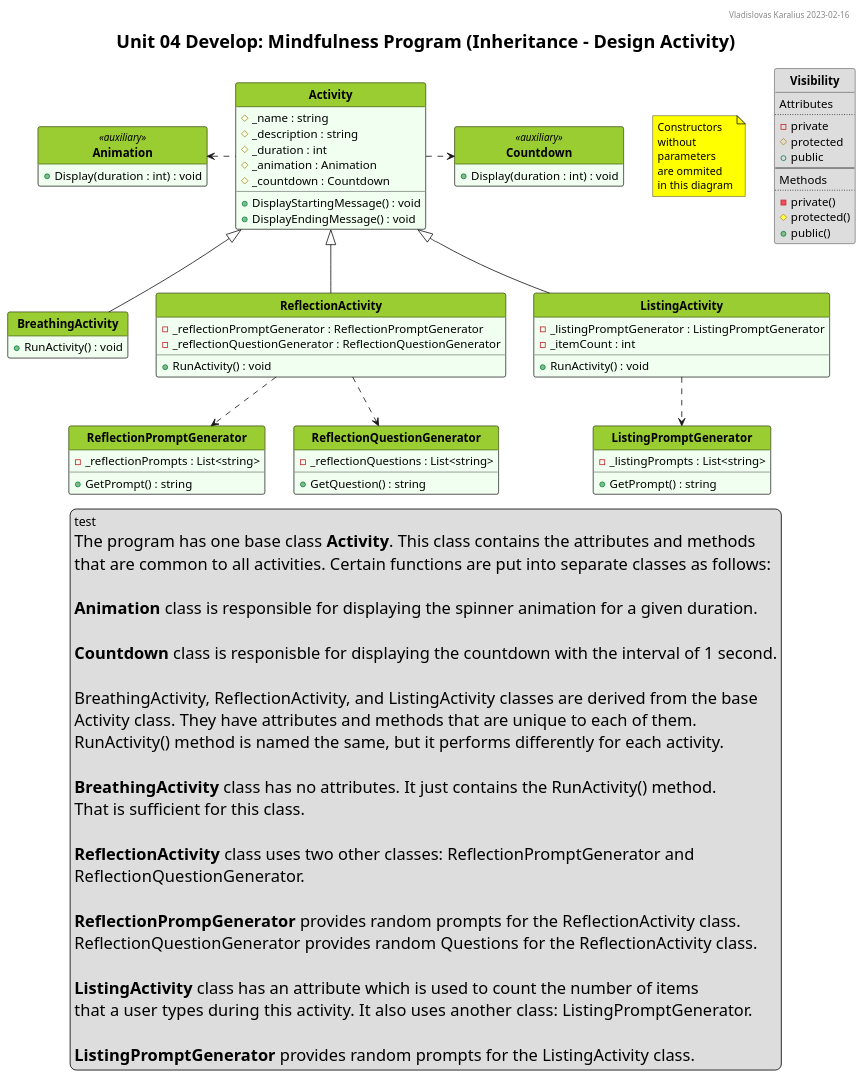
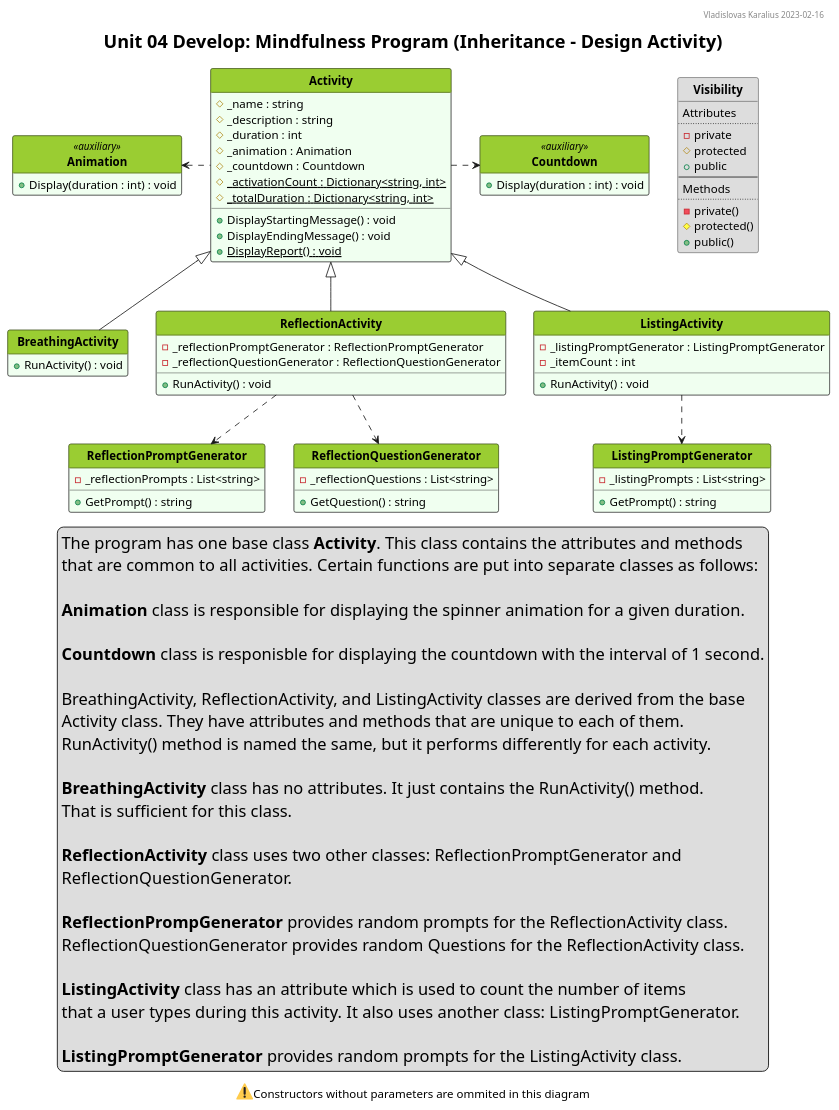
Before and after one commit to VladKaralius/cse210-projects: the diagram in prove/Develop04/UML_diagram.pu, drawn with PlantUML.

Commit message:
Added static attributes and methods

```diff
--- a/prove/Develop04/UML_diagram.pu
+++ b/prove/Develop04/UML_diagram.pu
@@ -1,152 +1,153 @@
 @startuml UML_diagram
 
 '--Formatting options--
 hide circle
 hide empty members
 'skinparam classAttributeIconSize 0
 skinparam style strictuml
 'skinparam groupInheritance 2
 'skinparam linetype ortho
 'skinparam Nodesep 15
 'skinparam Ranksep 25
 'left to right direction
 
 '--Styling--
 'skinparam BackgroundColor White/LightGreen
 skinparam TitleFontSize 22
 
 <style>
 classDiagram {
   class {
     '-attributes and methods-
     'FontSize 14
     'FontColor black
     'BackgroundColor #fefece
     BackgroundColor #f0fff0
     'RoundCorner 0
     '-class name-
     header {
       'FontSize 12
       'FontColor Black
       FontStyle bold
       BackgroundColor YellowGreen
     }
   }
   note {
     BackgroundColor Yellow
   }
   legend {
     FontSize 20
   }
 </style>
 
-'--Header, footer, title, explanations--
+'--Header, title, caption--
 header Vladislovas Karalius 2023-02-16
 title Unit 04 Develop: Mindfulness Program (Inheritance - Design Activity)
-
-note  "Constructors\nwithout\nparameters\nare ommited\nin this diagram" as N1
+caption <:warning:>Constructors without parameters are ommited in this diagram
 
 ' Dummy class that explains visibility symbols
 class Visibility #dddddd {
 Attributes
 ..
 - private
 # protected
 + public
 --
 Methods
 ..
 - private()
 # protected()
 + public()
 }
 
 '--Main--
 class Activity {
   # _name : string
   # _description : string
   # _duration : int
   # _animation : Animation
   # _countdown : Countdown
+  # {static} _activationCount : Dictionary<string, int>
+  # {static} _totalDuration : Dictionary<string, int>
   + DisplayStartingMessage() : void
   + DisplayEndingMessage() : void
+  + {static} DisplayReport() : void
 }
 
 class BreathingActivity {
   + RunActivity() : void
 }
 
 class ReflectionActivity {
   - _reflectionPromptGenerator : ReflectionPromptGenerator
   - _reflectionQuestionGenerator : ReflectionQuestionGenerator
   + RunActivity() : void
 }
 
 class ListingActivity {
   - _listingPromptGenerator : ListingPromptGenerator
   - _itemCount : int
   + RunActivity() : void
 }
 
 class ReflectionPromptGenerator {
   - _reflectionPrompts : List<string>
   + GetPrompt() : string
 }
 
 class ReflectionQuestionGenerator {
   - _reflectionQuestions : List<string>
   + GetQuestion() : string
 }
 
 class ListingPromptGenerator {
   - _listingPrompts : List<string>
   + GetPrompt() : string
 }
 
 class Animation <<auxiliary>> {
   + Display(duration : int) : void
 }
 
 class Countdown <<auxiliary>> {
   + Display(duration : int) : void
 }
 
 Activity <|-- BreathingActivity
 Activity <|-- ReflectionActivity
 Activity <|-- ListingActivity
 ReflectionActivity ..> ReflectionPromptGenerator
 ReflectionActivity ..> ReflectionQuestionGenerator
 ListingActivity ..> ListingPromptGenerator
 Activity .left.> Animation
 Activity .right.> Countdown
 
 '--Description--
-legend
-<size:15>test</size>
+legend bottom
 The program has one base class **Activity**. This class contains the attributes and methods
 that are common to all activities. Certain functions are put into separate classes as follows:
 
 **Animation** class is responsible for displaying the spinner animation for a given duration.
 
 **Countdown** class is responisble for displaying the countdown with the interval of 1 second.
 
 BreathingActivity, ReflectionActivity, and ListingActivity classes are derived from the base
 Activity class. They have attributes and methods that are unique to each of them.
 RunActivity() method is named the same, but it performs differently for each activity.
 
 **BreathingActivity** class has no attributes. It just contains the RunActivity() method.
 That is sufficient for this class.
 
 **ReflectionActivity** class uses two other classes: ReflectionPromptGenerator and
 ReflectionQuestionGenerator.
 
 **ReflectionPrompGenerator** provides random prompts for the ReflectionActivity class.
 ReflectionQuestionGenerator provides random Questions for the ReflectionActivity class.
 
 **ListingActivity** class has an attribute which is used to count the number of items
 that a user types during this activity. It also uses another class: ListingPromptGenerator.
 
 **ListingPromptGenerator** provides random prompts for the ListingActivity class.
 endlegend
 
 @enduml
```
